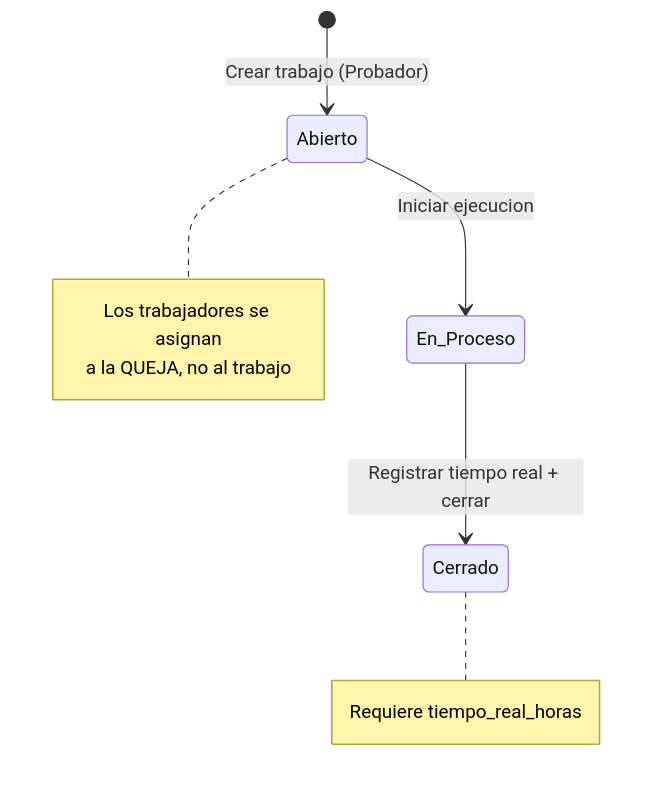
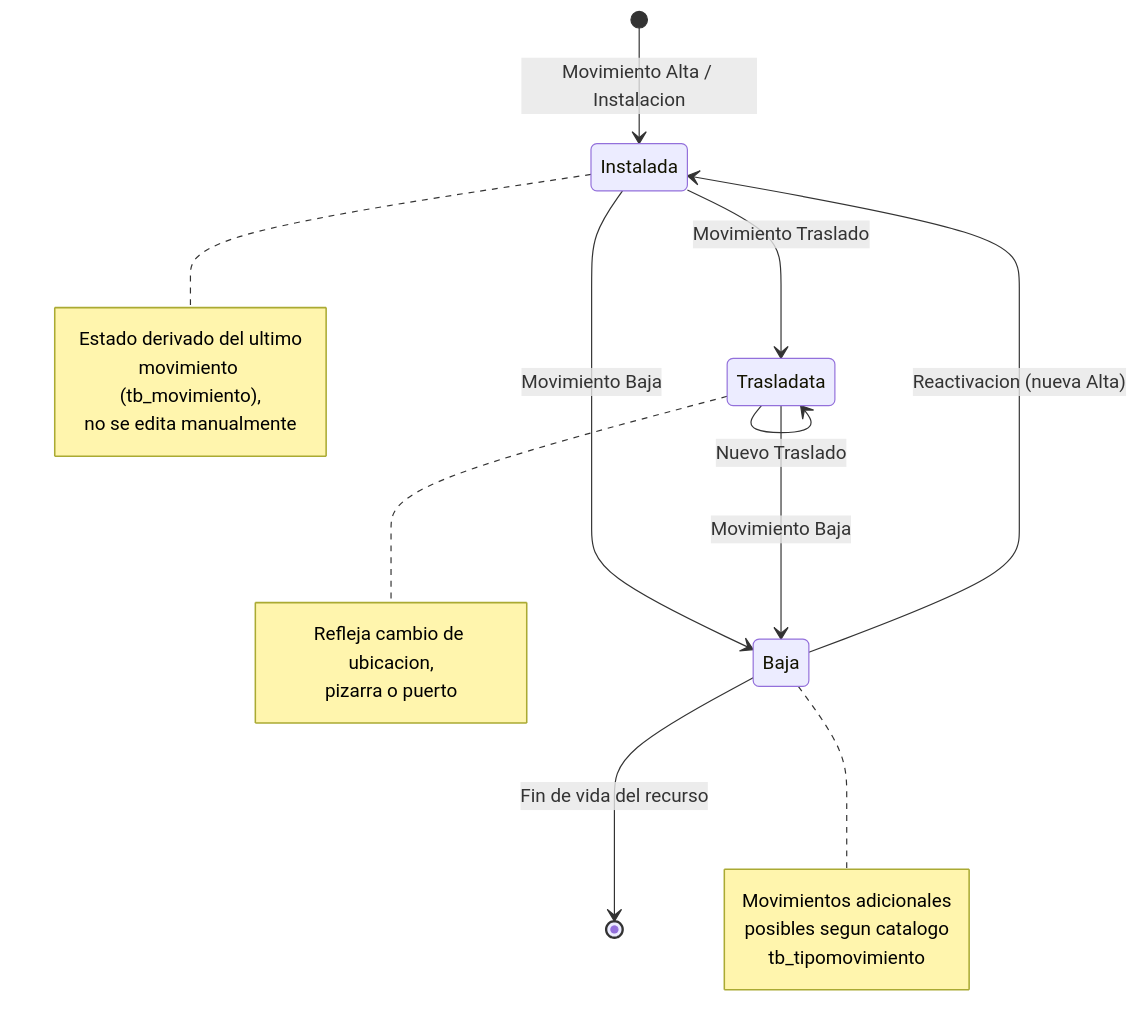
Before and after one commit to ybotet/SISGAD5_1.0: the second of 3 diagrams in docs/09_state_machines.es.md, drawn with Mermaid. The commit also changed other lines of this file, not shown here.

````diff
--- a/docs/09_state_machines.es.md
+++ b/docs/09_state_machines.es.md
@@ -141,15 +170,27 @@
 ```mermaid
 stateDiagram-v2
-    [*] --> Abierto: Crear trabajo (Probador)
-    Abierto --> En_Proceso: Iniciar ejecucion
-    En_Proceso --> Cerrado: Registrar tiempo real + cerrar
+    [*] --> Instalada: Movimiento Alta / Instalacion
+    Instalada --> Trasladata: Movimiento Traslado
+    Trasladata --> Trasladata: Nuevo Traslado
+    Instalada --> Baja: Movimiento Baja
+    Trasladata --> Baja: Movimiento Baja
+    Baja --> Instalada: Reactivacion (nueva Alta)
+    Baja --> [*]: Fin de vida del recurso
 
-    note right of Abierto
-        Los trabajadores se asignan
-        a la QUEJA, no al trabajo
+    note right of Instalada
+        Estado derivado del ultimo
+        movimiento (tb_movimiento),
+        no se edita manualmente
     end note
 
-    note right of Cerrado
-        Requiere tiempo_real_horas
+    note right of Trasladata
+        Refleja cambio de ubicacion,
+        pizarra o puerto
+    end note
+
+    note right of Baja
+        Movimientos adicionales
+        posibles segun catalogo
+        tb_tipomovimiento
     end note
 ```
````
